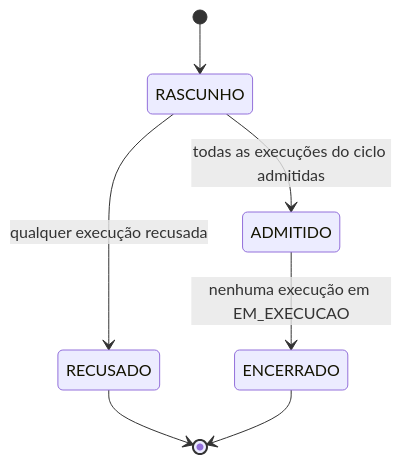
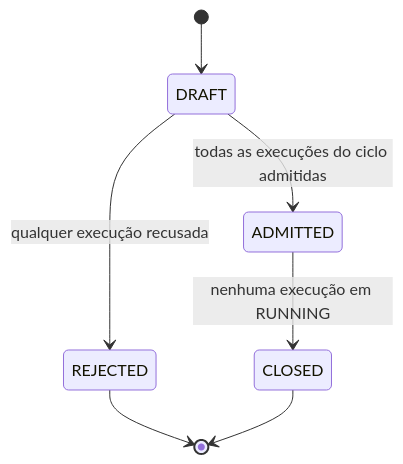
Before and after one commit to da0hn/distributed-systems-experiment-lab: the third of 3 diagrams in docs/propostas/modelo-de-dados/lab-plane/proposta-2-plano-duravel-execucao-efemera.md, drawn with Mermaid. The commit also changed other lines of this file and 8 other files, not shown here.

````diff
--- a/docs/propostas/modelo-de-dados/lab-plane/proposta-2-plano-duravel-execucao-efemera.md
+++ b/docs/propostas/modelo-de-dados/lab-plane/proposta-2-plano-duravel-execucao-efemera.md
@@ -155,9 +155,9 @@
 ```mermaid
 stateDiagram-v2
-    [*] --> RASCUNHO
-    RASCUNHO --> ADMITIDO : todas as execuções do ciclo admitidas
-    RASCUNHO --> RECUSADO : qualquer execução recusada
-    ADMITIDO --> ENCERRADO : nenhuma execução em EM_EXECUCAO
-    RECUSADO --> [*]
-    ENCERRADO --> [*]
+    [*] --> DRAFT
+    DRAFT --> ADMITTED : todas as execuções do ciclo admitidas
+    DRAFT --> REJECTED : qualquer execução recusada
+    ADMITTED --> CLOSED : nenhuma execução em RUNNING
+    REJECTED --> [*]
+    CLOSED --> [*]
 ```
````
